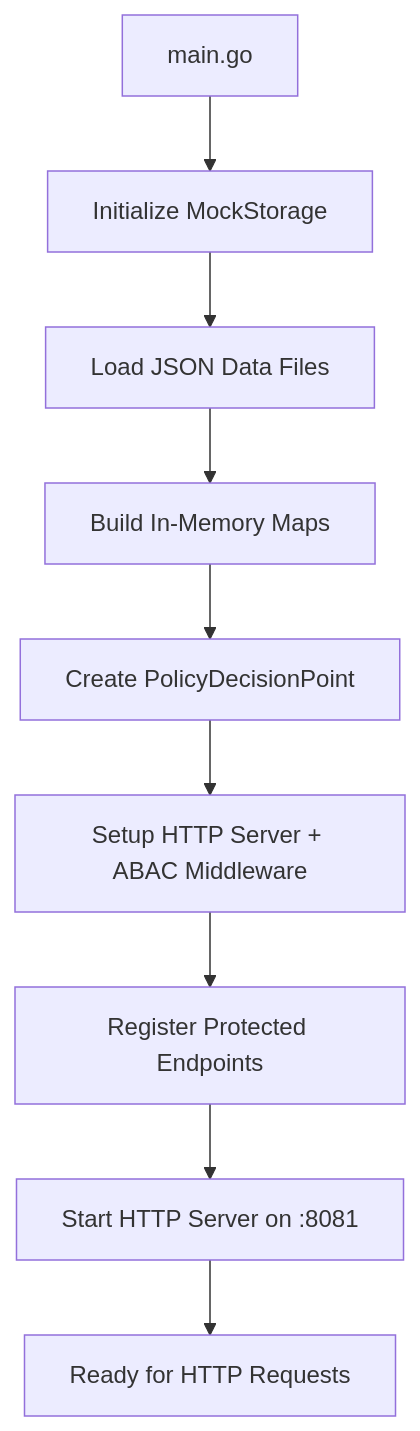
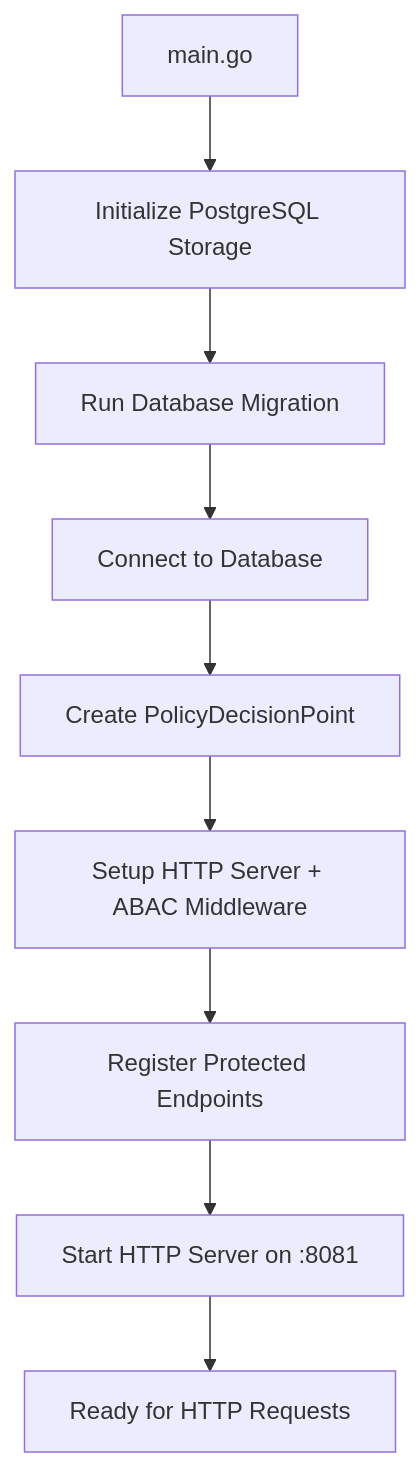
The first of 3 diagrams in infor/ABAC_SYSTEM_DOCUMENTATION.md (dotrongnhan/abac-gogo), drawn with Mermaid before and after one commit. The commit also changed other lines of this file and 11 other files, not shown here.

````diff
--- a/infor/ABAC_SYSTEM_DOCUMENTATION.md
+++ b/infor/ABAC_SYSTEM_DOCUMENTATION.md
@@ -91,11 +92,11 @@
 ```mermaid
 graph TD
-    A[main.go] --> B[Initialize MockStorage]
-    B --> C[Load JSON Data Files]
-    C --> D[Build In-Memory Maps]
+    A[main.go] --> B[Initialize PostgreSQL Storage]
+    B --> C[Run Database Migration]
+    C --> D[Connect to Database]
     D --> E[Create PolicyDecisionPoint]
     E --> F[Setup HTTP Server + ABAC Middleware]
     F --> G[Register Protected Endpoints]
     G --> H[Start HTTP Server on :8081]
     H --> I[Ready for HTTP Requests]
 ```
````
